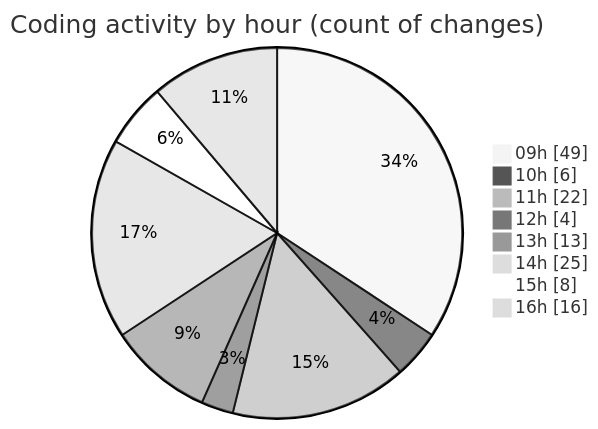
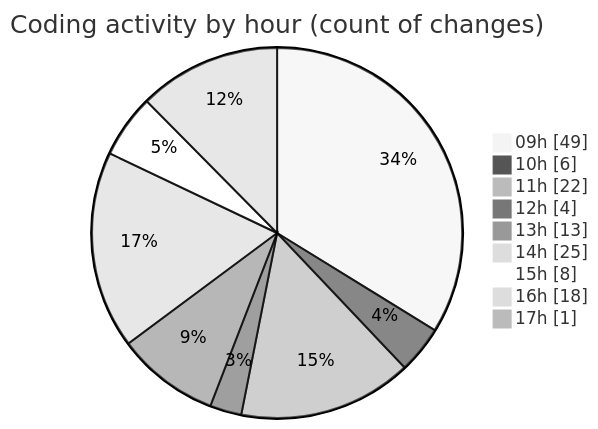
The second of 2 diagrams in 2026-06-17/cda/README.md (momahboobian/code-tracking), drawn with Mermaid (neutral theme) before and after one commit. The commit also changed other lines of this file and 1 other file, not shown here.

````diff
--- a/2026-06-17/cda/README.md
+++ b/2026-06-17/cda/README.md
@@ -67,12 +67,13 @@
 ```mermaid
 pie showData
 title Coding activity by hour (count of changes)
 "09h" : 49
 "10h" : 6
 "11h" : 22
 "12h" : 4
 "13h" : 13
 "14h" : 25
 "15h" : 8
-"16h" : 16
+"16h" : 18
+"17h" : 1
 ```
````
